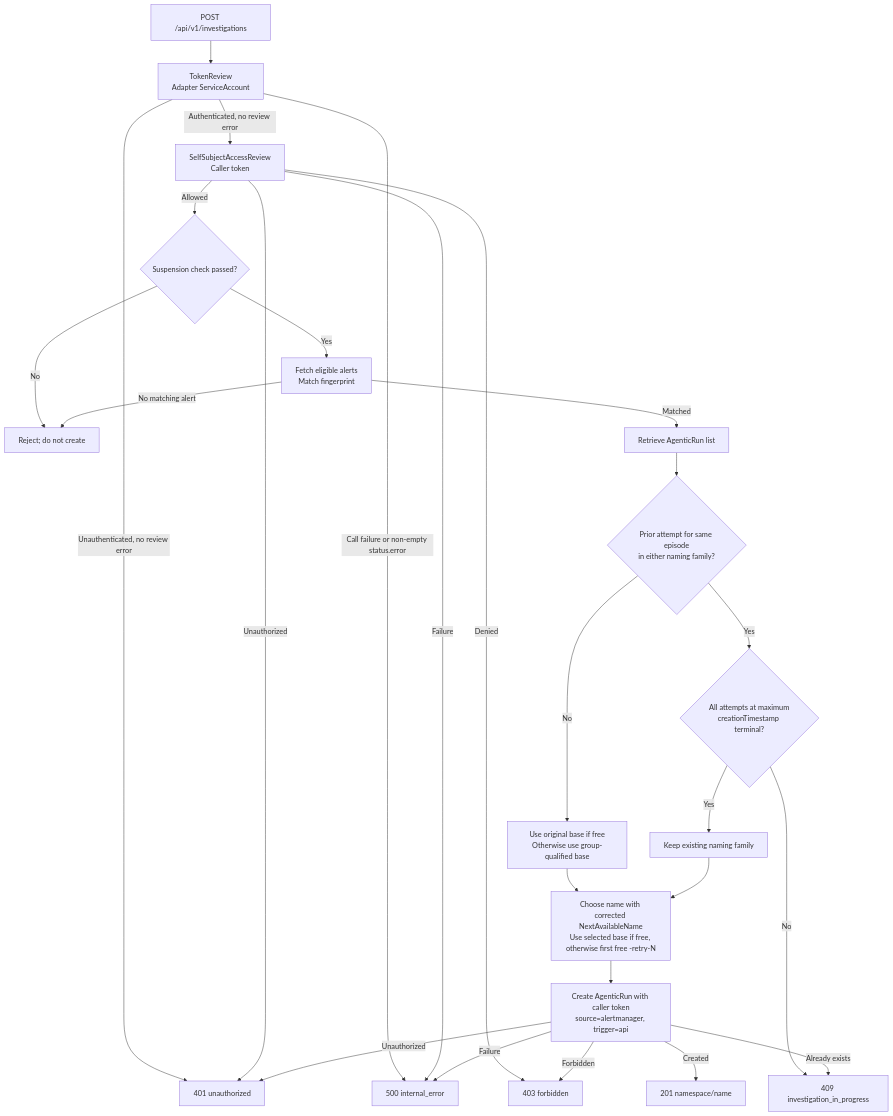
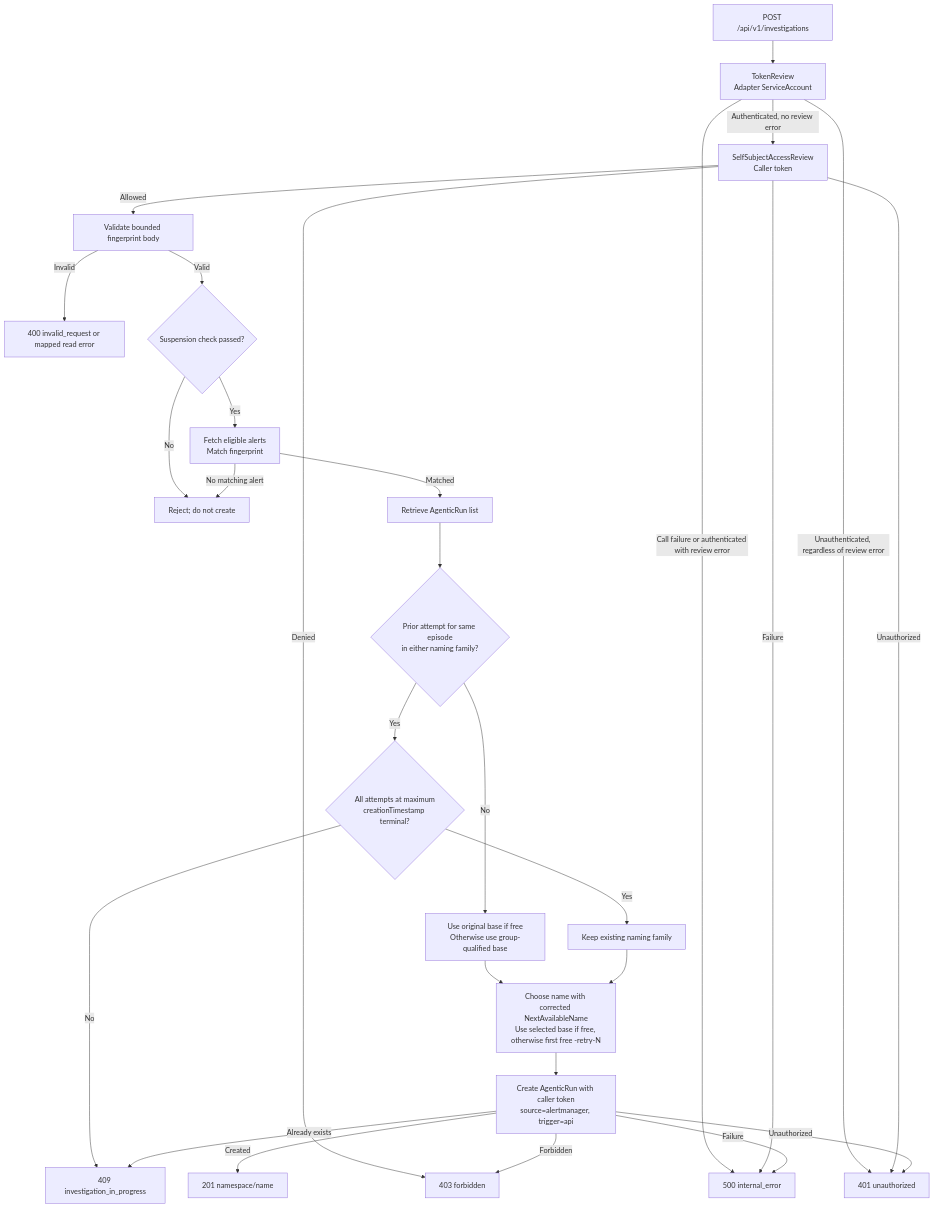
The diagram in .ai/spec/decisions/0001-on-demand-investigation-api.md (openshift/lightspeed-agentic-alerts-adapter), drawn with Mermaid before and after one commit. The commit also changed other lines of this file and 10 other files, not shown here.

````diff
--- a/.ai/spec/decisions/0001-on-demand-investigation-api.md
+++ b/.ai/spec/decisions/0001-on-demand-investigation-api.md
@@ -93,28 +95,30 @@
 ```mermaid
 flowchart TD
     Request[POST /api/v1/investigations] --> Token[TokenReview<br/>Adapter ServiceAccount]
-    Token -->|Unauthenticated, no review error| Unauthorized[401 unauthorized]
-    Token -->|Call failure or non-empty status.error| InternalError[500 internal_error]
+    Token -->|Unauthenticated, regardless of review error| Unauthorized[401 unauthorized]
+    Token -->|Call failure or authenticated with review error| InternalError[500 internal_error]
     Token -->|Authenticated, no review error| Access[SelfSubjectAccessReview<br/>Caller token]
     Access -->|Denied| Forbidden[403 forbidden]
     Access -->|Unauthorized| Unauthorized
     Access -->|Failure| InternalError
-    Access -->|Allowed| Suspension{Suspension check passed?}
+    Access -->|Allowed| Validate[Validate bounded fingerprint body]
+    Validate -->|Invalid| Invalid[400 invalid_request or mapped read error]
+    Validate -->|Valid| Suspension{Suspension check passed?}
     Suspension -->|No| Reject[Reject; do not create]
     Suspension -->|Yes| Alert[Fetch eligible alerts<br/>Match fingerprint]
     Alert -->|No matching alert| Reject
     Alert -->|Matched| List[Retrieve AgenticRun list]
     List --> Exists{Prior attempt for same episode<br/>in either naming family?}
     Exists -->|No| InitialBase[Use original base if free<br/>Otherwise use group-qualified base]
     Exists -->|Yes| Terminal{All attempts at maximum<br/>creationTimestamp terminal?}
     Terminal -->|No| Conflict[409 investigation_in_progress]
     Terminal -->|Yes| ExistingBase[Keep existing naming family]
     InitialBase --> Retry[Choose name with corrected NextAvailableName<br/>Use selected base if free, otherwise first free -retry-N]
     ExistingBase --> Retry
     Retry --> Create[Create AgenticRun with caller token<br/>source=alertmanager, trigger=api]
     Create -->|Created| Created[201 namespace/name]
     Create -->|Already exists| Conflict
     Create -->|Unauthorized| Unauthorized
     Create -->|Forbidden| Forbidden
     Create -->|Failure| InternalError
 ```
````
